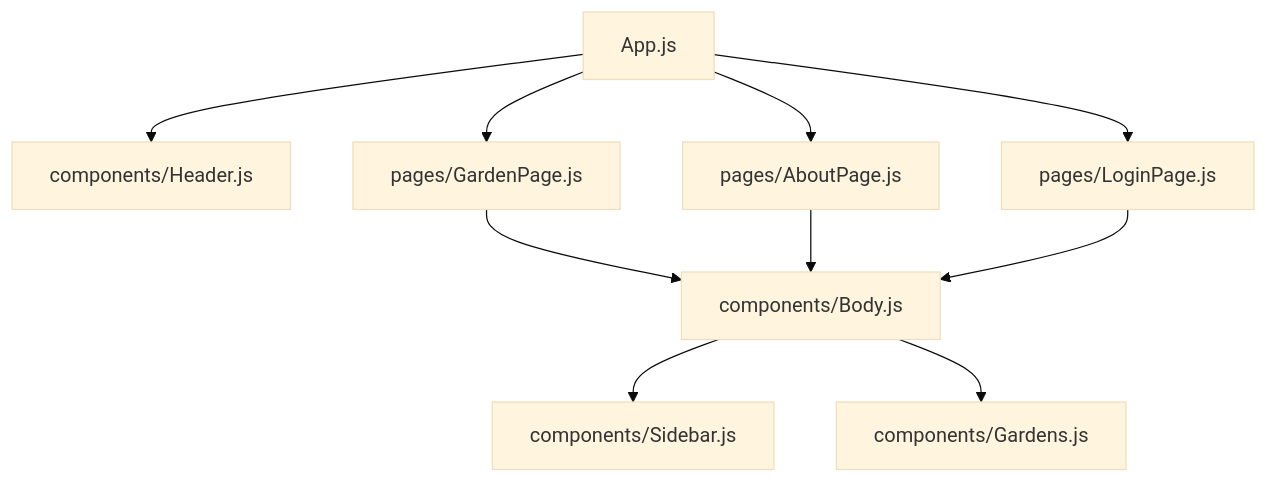
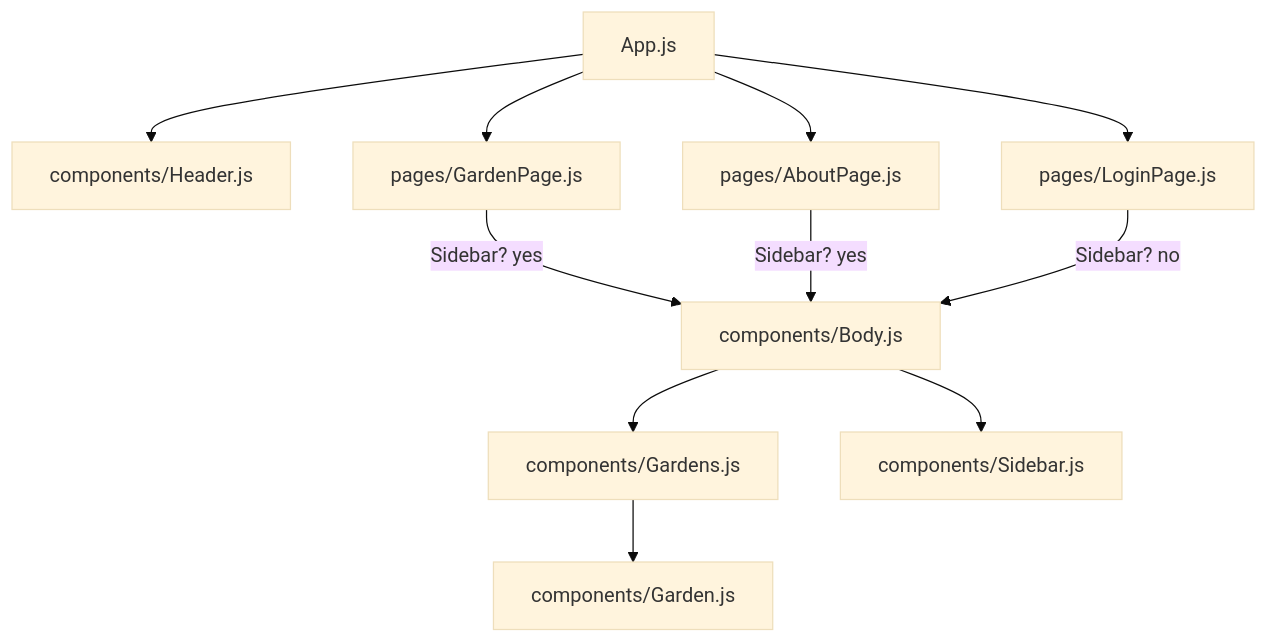
Before and after one commit to LeskoIam/GMS: the diagram in gms_react/src/components_flow.md, drawn with Mermaid (base theme).

````diff
--- a/gms_react/src/components_flow.md
+++ b/gms_react/src/components_flow.md
@@ -1,28 +1,29 @@
 ```mermaid
 flowchart
 
 App["App.js"]
 
 Head["components/Header.js"]
 Body["components/Body.js"]
 Gardens["components/Gardens.js"]
 Sidebar["components/Sidebar.js"]
-
+Garden["components/Garden.js"]
 
 GardenPage["pages/GardenPage.js"]
 AboutPage["pages/AboutPage.js"]
 LoginPage["pages/LoginPage.js"]
 
 App --> Head
 App --> GardenPage
 App --> AboutPage
 App --> LoginPage
 
-GardenPage --> Body --> Sidebar
+GardenPage -- Sidebar? yes --> Body --> Sidebar
 Body --> Gardens
+Gardens --> Garden
 
-AboutPage --> Body
+AboutPage -- Sidebar? yes --> Body
 
-LoginPage --> Body
+LoginPage -- Sidebar? no --> Body
 
 ```
````
